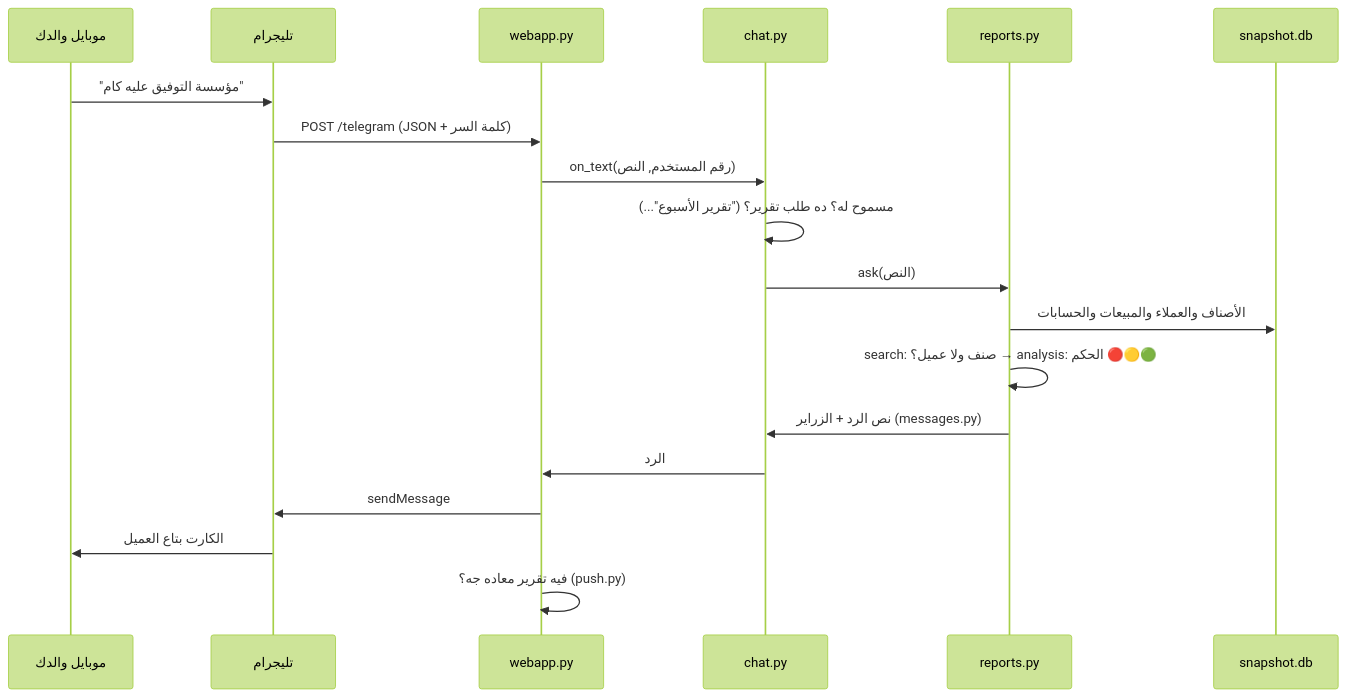
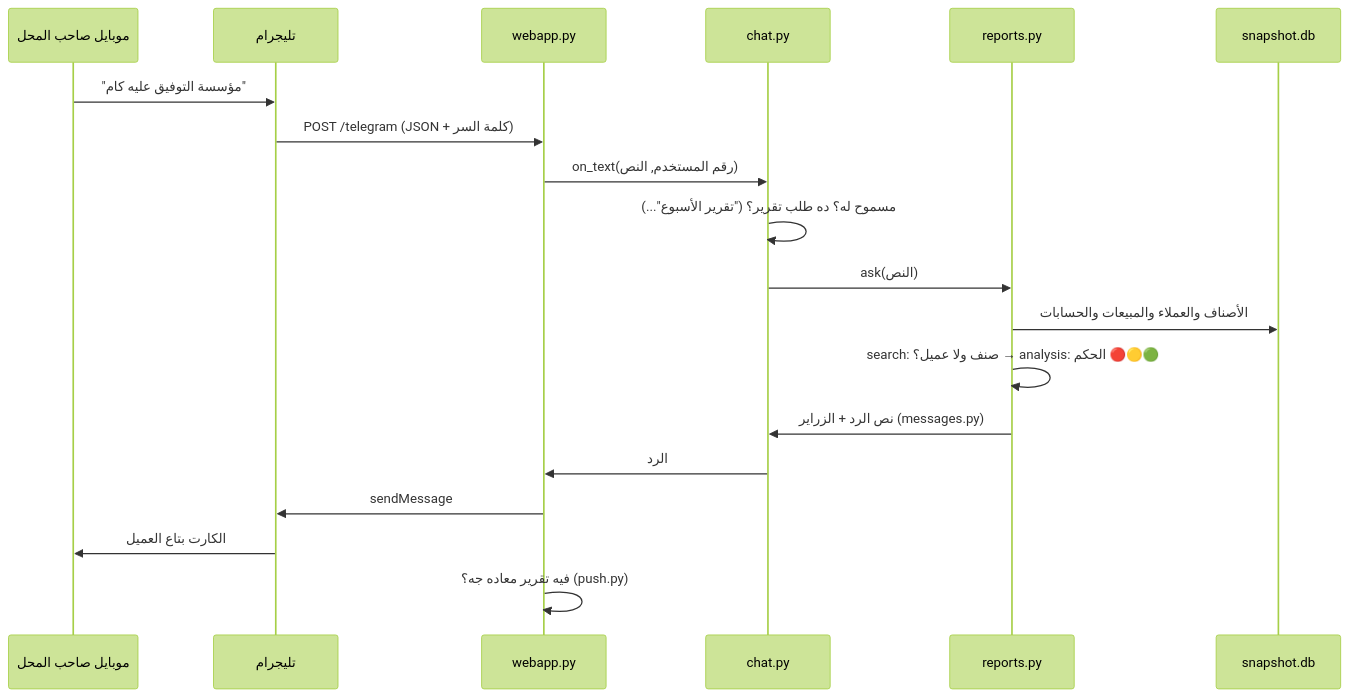
The second of 2 diagrams in docs/ARCHITECTURE.md (AbdoAhmed666/car-bot), drawn with Mermaid (forest theme) before and after one commit. The commit also changed other lines of this file and 3 other files, not shown here.

````diff
--- a/docs/ARCHITECTURE.md
+++ b/docs/ARCHITECTURE.md
@@ -125,21 +125,21 @@
 ```mermaid
 sequenceDiagram
-  participant P as موبايل والدك
+  participant P as موبايل صاحب المحل
   participant T as تليجرام
   participant W as webapp.py
   participant C as chat.py
   participant R as reports.py
   participant D as snapshot.db
   P->>T: "مؤسسة التوفيق عليه كام"
   T->>W: POST /telegram (JSON + كلمة السر)
   W->>C: on_text(رقم المستخدم, النص)
   C->>C: مسموح له؟ ده طلب تقرير؟ ("تقرير الأسبوع"...)
   C->>R: ask(النص)
   R->>D: الأصناف والعملاء والمبيعات والحسابات
   R->>R: search: صنف ولا عميل؟ → analysis: الحكم 🔴🟡🟢
   R->>C: نص الرد + الزراير (messages.py)
   C->>W: الرد
   W->>T: sendMessage
   T->>P: الكارت بتاع العميل
   W->>W: فيه تقرير معاده جه؟ (push.py)
 ```
````
